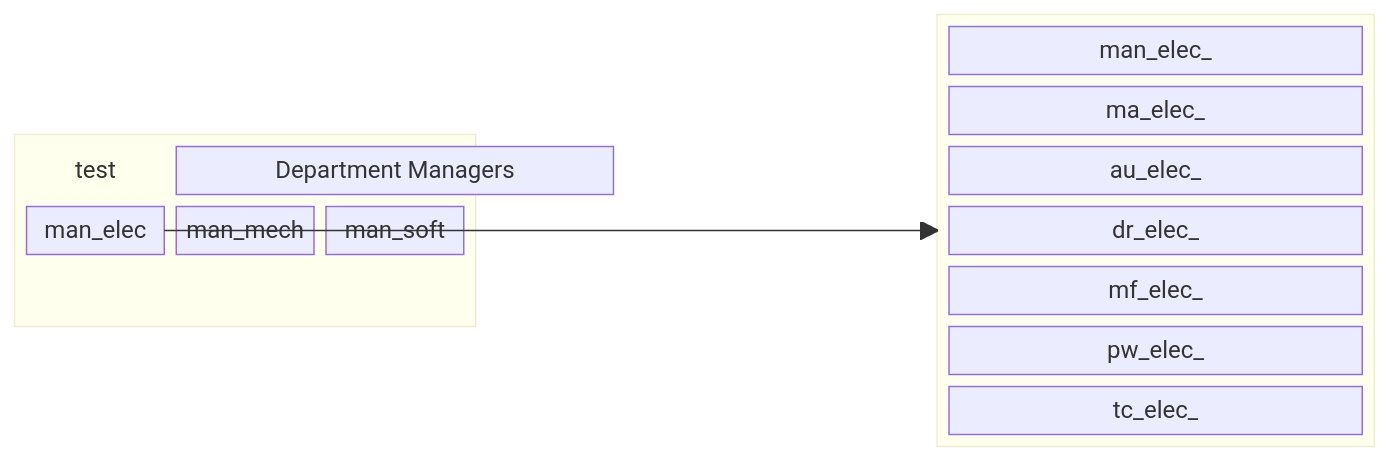
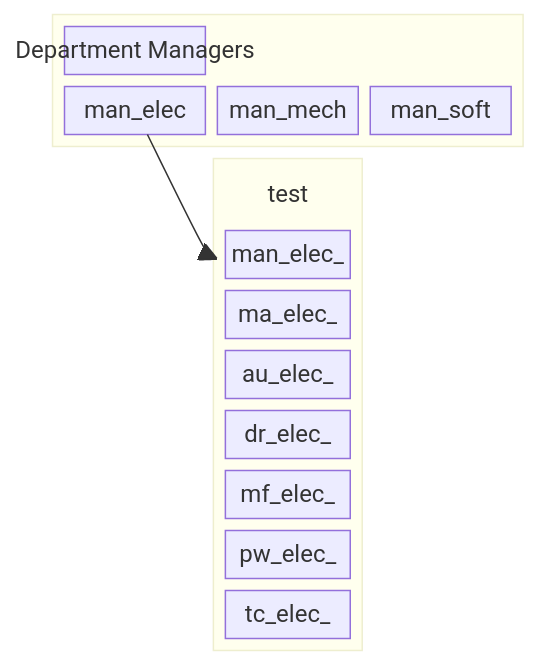
The diagram in README.md (FooGiGo-Org/.github), drawn with Mermaid before and after one commit.

Commit message:
Fix block:test syntax in README.md

````diff
--- a/README.md
+++ b/README.md
@@ -1,28 +1,27 @@
 ```mermaid
 ---
 title: SCRB Matrix Organization
 ---
 block
     columns 3
-    block:test
+    block:test:3
         columns 3
-        uct("Department Managers")
         man["Department Managers"]:3
         man_elec man_mech man_soft
     end
     space
     block:meme:1
         columns 1
         uct("test")
         man_elec_
         ma_elec_
         au_elec_
         dr_elec_
         mf_elec_
         pw_elec_
         tc_elec_
     end
     man_elec --> meme
 class uct BT
 classDef BT stroke:transparent,fill:transparent
 ```
````
